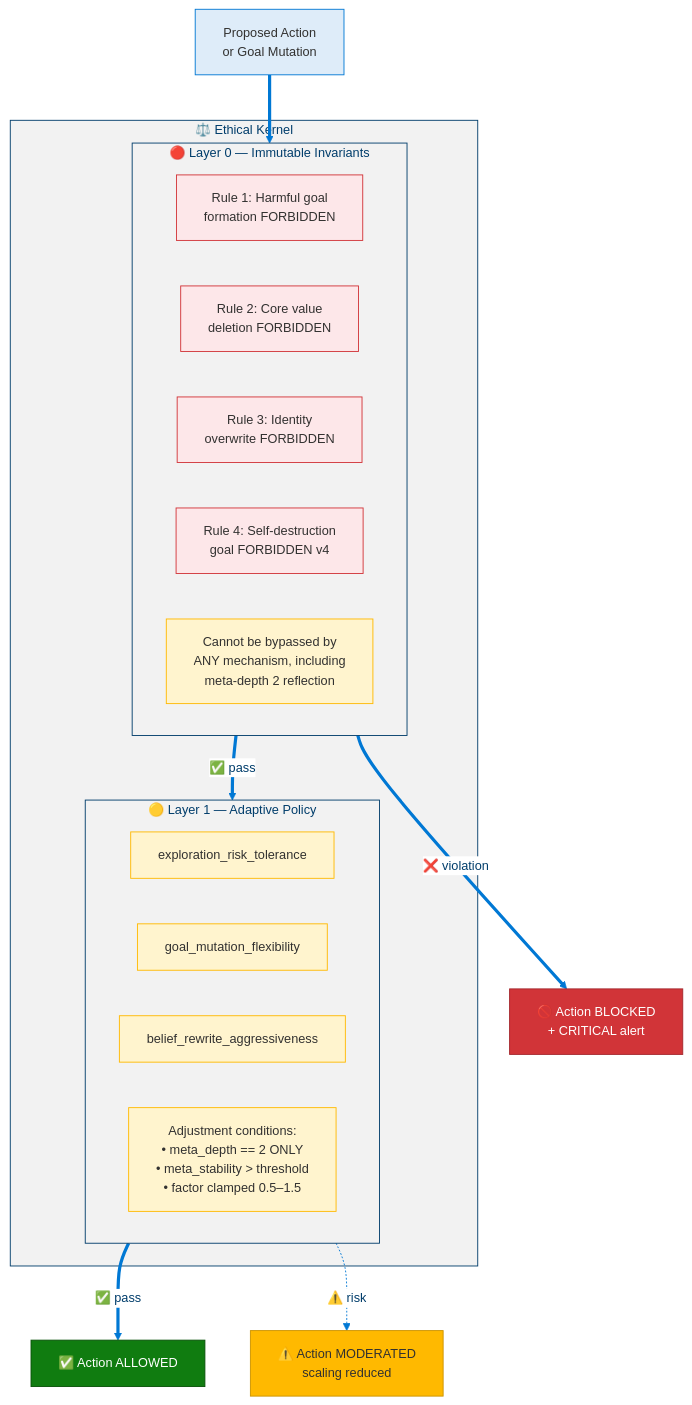
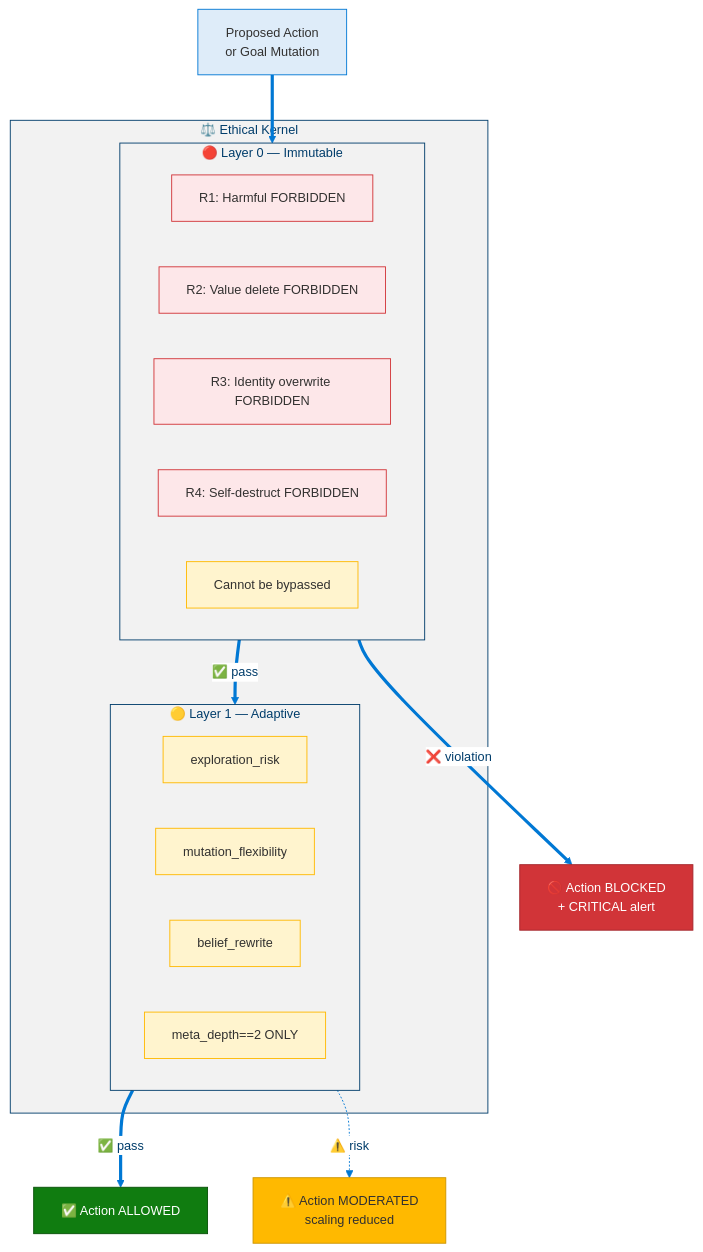
Diagram 11 of 19 in docs/levels/Level_3_Self_Regulating_Agent.md (dotnetpower/mscp), drawn with Mermaid before and after one commit. The commit also changed other lines of this file and 10 other files, not shown here.

````diff
--- a/docs/levels/Level_3_Self_Regulating_Agent.md
+++ b/docs/levels/Level_3_Self_Regulating_Agent.md
@@ -671,39 +694,41 @@
 ```mermaid
 %%{init: {'theme': 'base', 'themeVariables': {'primaryColor': '#0078D4', 'primaryTextColor': '#003D6B', 'primaryBorderColor': '#003D6B', 'secondaryColor': '#50E6FF', 'secondaryTextColor': '#323130', 'secondaryBorderColor': '#00BCF2', 'tertiaryColor': '#F2F2F2', 'tertiaryTextColor': '#323130', 'lineColor': '#0078D4', 'textColor': '#323130', 'mainBkg': '#DEECF9', 'nodeBorder': '#0078D4', 'clusterBkg': '#F2F2F2', 'clusterBorder': '#003D6B', 'titleColor': '#003D6B', 'edgeLabelBackground': '#FFFFFF', 'fontSize': '14px'}}}%%
 flowchart TD
   classDef input fill:#DEECF9,stroke:#0078D4,color:#323130
   classDef immutable fill:#D13438,stroke:#A4262C,color:#FFF
   classDef immutableRule fill:#FDE7E9,stroke:#D13438,color:#323130
   classDef adaptive fill:#FFF4CE,stroke:#FFB900,color:#323130
   classDef block fill:#D13438,stroke:#A4262C,color:#FFF
   classDef allow fill:#107C10,stroke:#085108,color:#FFF
   classDef moderate fill:#FFB900,stroke:#CC9400,color:#323130
 
   INPUT["Proposed Action<br/>or Goal Mutation"]:::input
 
   subgraph EthicalKernel["⚖️ Ethical Kernel"]
-    subgraph Layer0["🔴 Layer 0 — Immutable Invariants"]
-      R1["Rule 1: Harmful goal<br/>formation FORBIDDEN"]:::immutableRule
-      R2["Rule 2: Core value<br/>deletion FORBIDDEN"]:::immutableRule
-      R3["Rule 3: Identity<br/>overwrite FORBIDDEN"]:::immutableRule
-      R4["Rule 4: Self-destruction<br/>goal FORBIDDEN v4"]:::immutableRule
-      NOTE0["Cannot be bypassed by<br/>ANY mechanism, including<br/>meta-depth 2 reflection"]:::adaptive
+    subgraph Layer0["🔴 Layer 0 — Immutable"]
+      direction LR
+      R1["R1: Harmful FORBIDDEN"]:::immutableRule
+      R2["R2: Value delete FORBIDDEN"]:::immutableRule
+      R3["R3: Identity overwrite FORBIDDEN"]:::immutableRule
+      R4["R4: Self-destruct FORBIDDEN"]:::immutableRule
+      NOTE0["Cannot be bypassed"]:::adaptive
     end
-    subgraph Layer1["🟡 Layer 1 — Adaptive Policy"]
-      P1["exploration_risk_tolerance"]:::adaptive
-      P2["goal_mutation_flexibility"]:::adaptive
-      P3["belief_rewrite_aggressiveness"]:::adaptive
-      COND["Adjustment conditions:<br/>• meta_depth == 2 ONLY<br/>• meta_stability > threshold<br/>• factor clamped 0.5–1.5"]:::adaptive
+    subgraph Layer1["🟡 Layer 1 — Adaptive"]
+      direction LR
+      P1["exploration_risk"]:::adaptive
+      P2["mutation_flexibility"]:::adaptive
+      P3["belief_rewrite"]:::adaptive
+      COND["meta_depth==2 ONLY"]:::adaptive
     end
   end
 
   BLOCK["🚫 Action BLOCKED<br/>+ CRITICAL alert"]:::block
   ALLOW["✅ Action ALLOWED"]:::allow
   REDUCE["⚠️ Action MODERATED<br/>scaling reduced"]:::moderate
 
   INPUT ==> Layer0
   Layer0 ==>|"✅ pass"| Layer1
   Layer0 ==>|"❌ violation"| BLOCK
   Layer1 ==>|"✅ pass"| ALLOW
   Layer1 -.->|"⚠️ risk"| REDUCE
 ```
````
